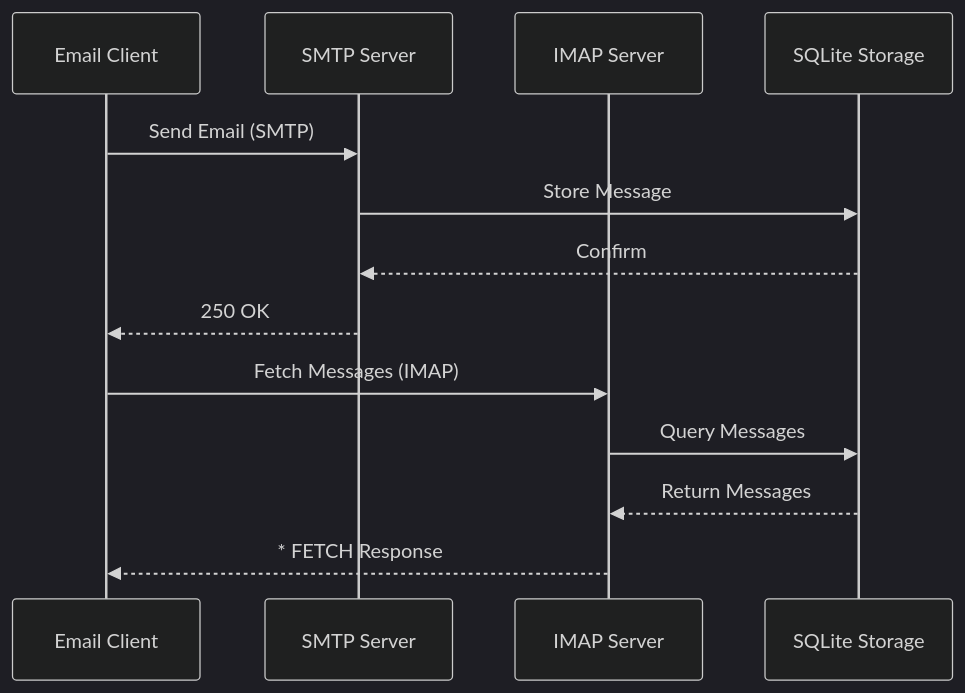
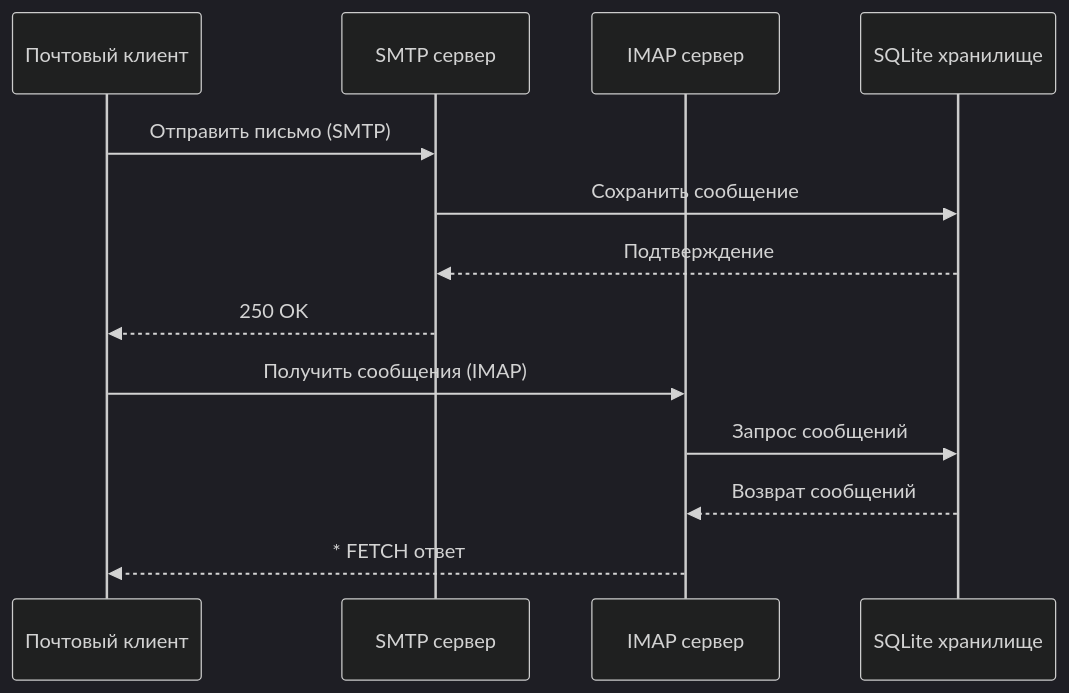
Before and after one commit to forwardemail/forwardemail.net: the third of 16 diagrams in app/views/docs/email-protocols-rfc-compliance-imap-smtp-pop3-comparison/index-ru.md, drawn with Mermaid (dark theme). The commit also changed other lines of this file and 1055 other files, not shown here.

````diff
--- a/app/views/docs/email-protocols-rfc-compliance-imap-smtp-pop3-comparison/index-ru.md
+++ b/app/views/docs/email-protocols-rfc-compliance-imap-smtp-pop3-comparison/index-ru.md
@@ -230,17 +231,17 @@
 ```mermaid
 sequenceDiagram
-    participant Client as Email Client
-    participant SMTP as SMTP Server
-    participant IMAP as IMAP Server
-    participant Storage as SQLite Storage
+    participant Client as Почтовый клиент
+    participant SMTP as SMTP сервер
+    participant IMAP as IMAP сервер
+    participant Storage as SQLite хранилище
 
-    Client->>SMTP: Send Email (SMTP)
-    SMTP->>Storage: Store Message
-    Storage-->>SMTP: Confirm
+    Client->>SMTP: Отправить письмо (SMTP)
+    SMTP->>Storage: Сохранить сообщение
+    Storage-->>SMTP: Подтверждение
     SMTP-->>Client: 250 OK
 
-    Client->>IMAP: Fetch Messages (IMAP)
-    IMAP->>Storage: Query Messages
-    Storage-->>IMAP: Return Messages
-    IMAP-->>Client: * FETCH Response
+    Client->>IMAP: Получить сообщения (IMAP)
+    IMAP->>Storage: Запрос сообщений
+    Storage-->>IMAP: Возврат сообщений
+    IMAP-->>Client: * FETCH ответ
 ```
````
